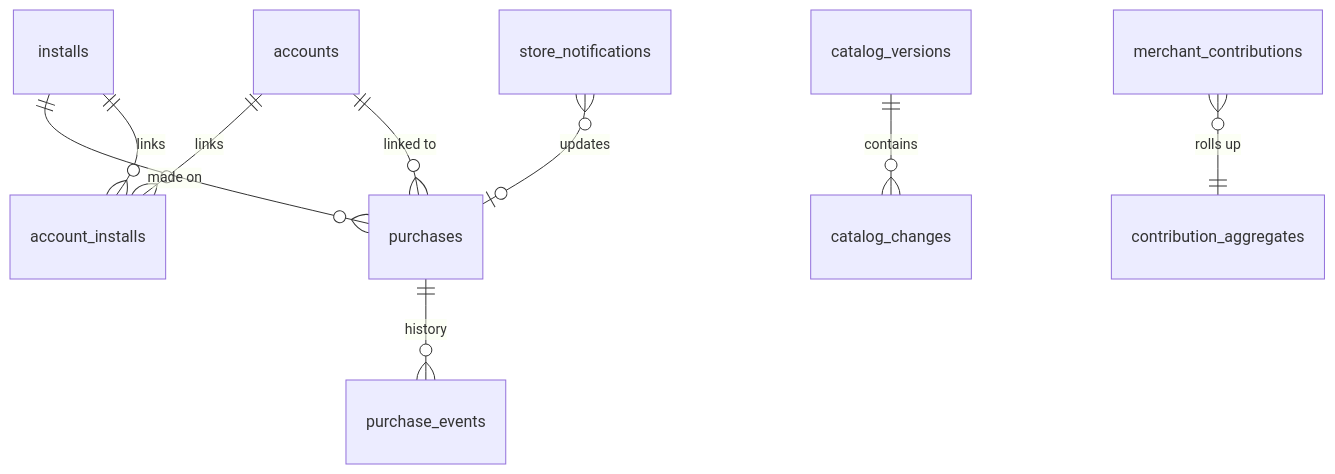
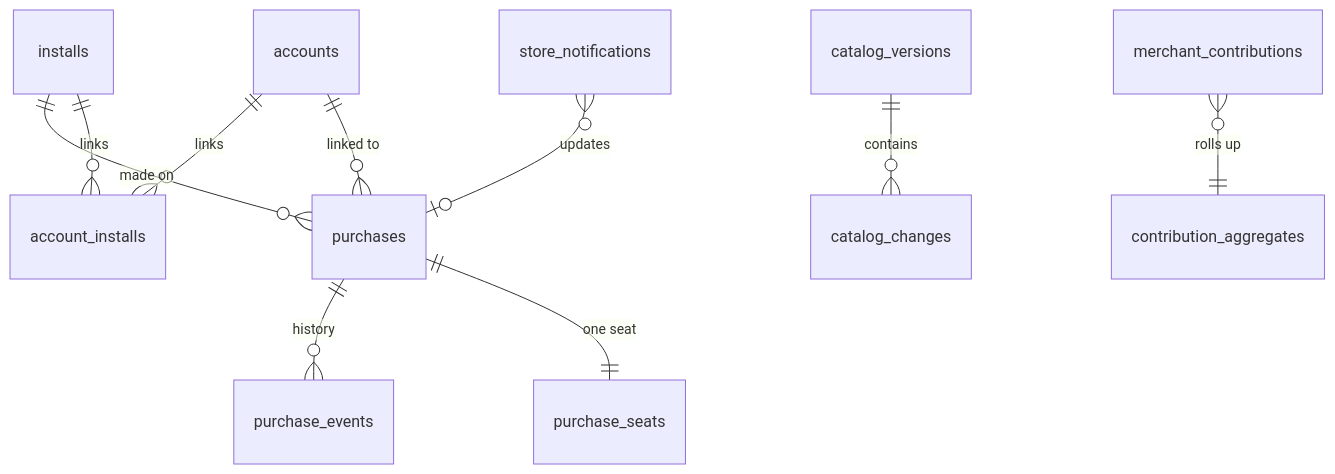
The diagram in docs/03-technical/backend-schema.md (Amr905/zaghlol), drawn with Mermaid before and after one commit. The commit also changed other lines of this file and 3 other files, not shown here.

First line of the commit message:
docs(schema,security,observability): single purchase_seats row, idempotency_records, 1-year audit exception, cooldown UX and alerts (D-52, R2-2, R2-8, R2-10)

````diff
--- a/docs/03-technical/backend-schema.md
+++ b/docs/03-technical/backend-schema.md
@@ -20,11 +20,12 @@
 ```mermaid
 erDiagram
   installs ||--o{ purchases : "made on"
   accounts ||--o{ account_installs : links
   installs ||--o{ account_installs : links
   accounts ||--o{ purchases : "linked to"
   purchases ||--o{ purchase_events : history
+  purchases ||--|| purchase_seats : "one seat"
   store_notifications }o--o| purchases : updates
   catalog_versions ||--o{ catalog_changes : contains
   merchant_contributions }o--|| contribution_aggregates : "rolls up"
 ```
````
